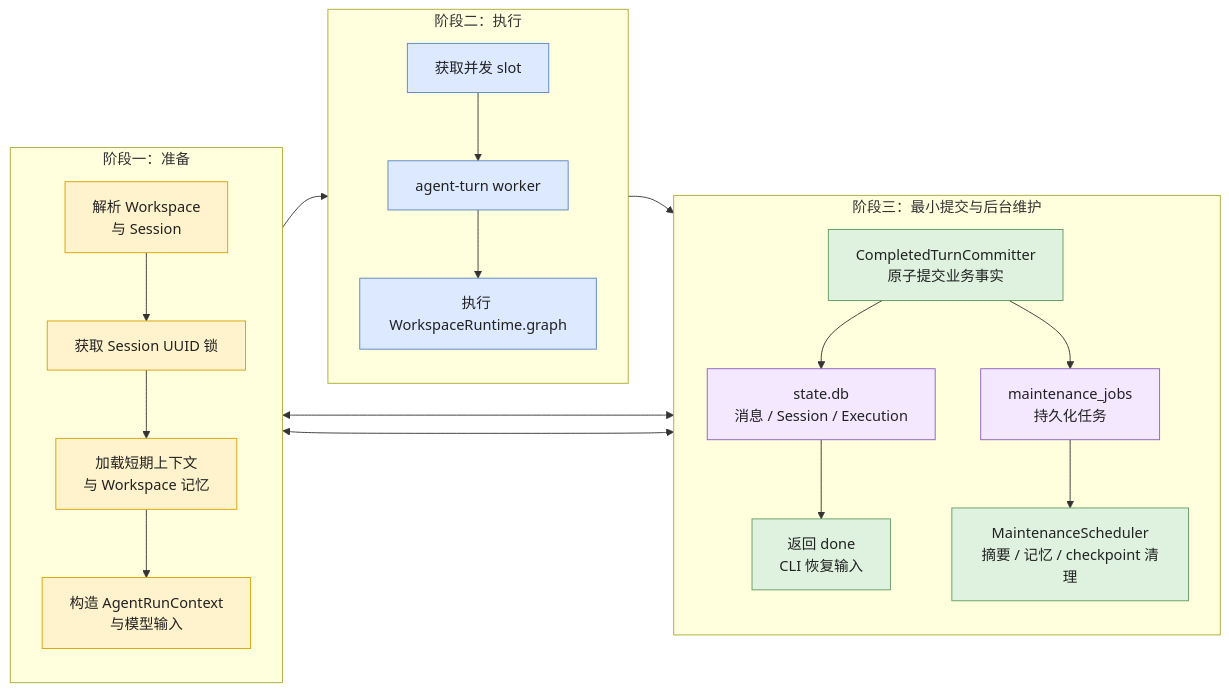
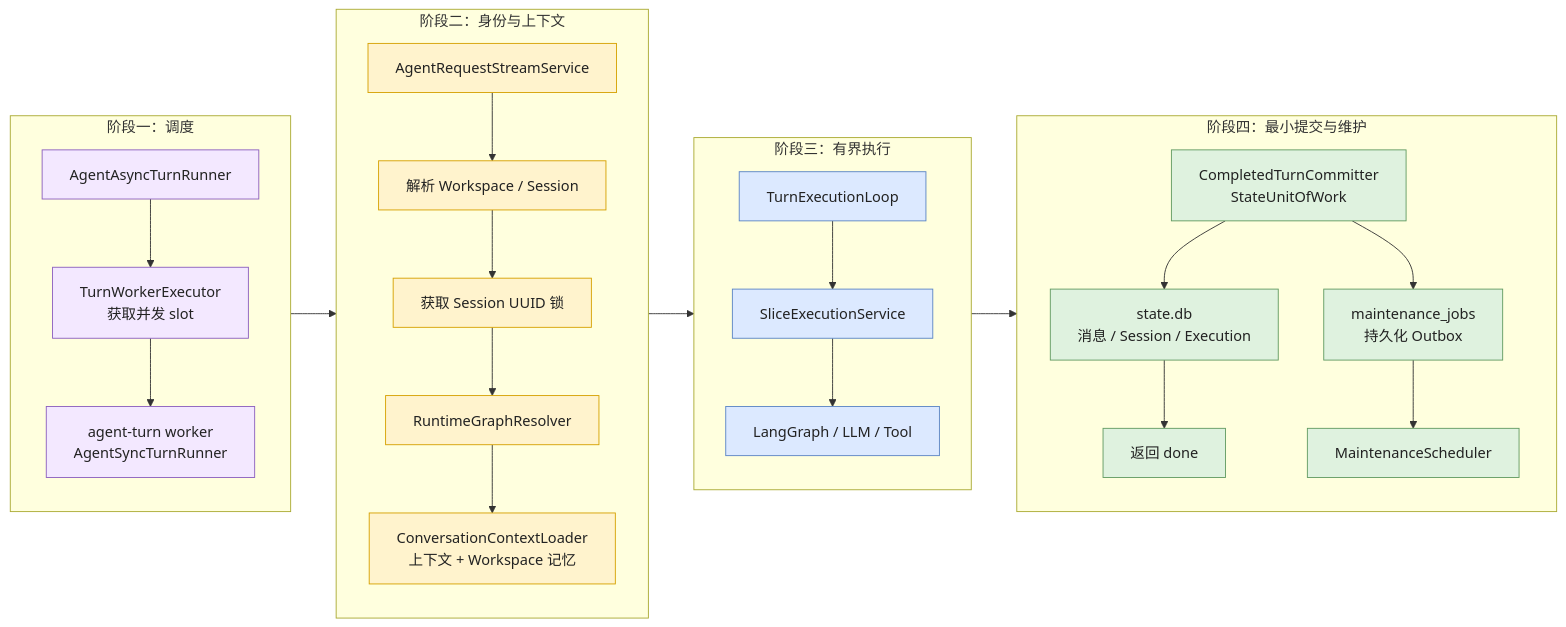
One commit to Dzheng2250/learn_langchain changed the second of 3 diagrams in docs/architecture/agent-execution-call-chain.md. Above: the diagram before and after it, drawn with Mermaid. The commit also changed other lines of this file and 39 other files, not shown here.

````diff
--- a/docs/architecture/agent-execution-call-chain.md
+++ b/docs/architecture/agent-execution-call-chain.md
@@ -523,44 +430,52 @@
 ```mermaid
 flowchart LR
-    subgraph Prepare["阶段一：准备"]
+    subgraph Schedule["阶段一：调度"]
         direction TB
-        Resolve["解析 Workspace<br/>与 Session"]
-        Lock["获取 Session UUID 锁"]
-        Load["加载短期上下文<br/>与 Workspace 记忆"]
-        Build["构造 AgentRunContext<br/>与模型输入"]
-        Resolve --> Lock --> Load --> Build
+        Async["AgentAsyncTurnRunner"]
+        Slot["TurnWorkerExecutor<br/>获取并发 slot"]
+        Worker["agent-turn worker<br/>AgentSyncTurnRunner"]
+        Async --> Slot --> Worker
     end
 
-    subgraph Execute["阶段二：执行"]
+    subgraph Prepare["阶段二：身份与上下文"]
         direction TB
-        Slot["获取并发 slot"]
-        Worker["agent-turn worker"]
-        Graph["执行 WorkspaceRuntime.graph"]
-        Slot --> Worker --> Graph
+        Request["AgentRequestStreamService"]
+        Resolve["解析 Workspace / Session"]
+        Lock["获取 Session UUID 锁"]
+        Runtime["RuntimeGraphResolver"]
+        Load["ConversationContextLoader<br/>上下文 + Workspace 记忆"]
+        Request --> Resolve --> Lock --> Runtime --> Load
     end
 
-    subgraph Persist["阶段三：最小提交与后台维护"]
+    subgraph Execute["阶段三：有界执行"]
         direction TB
-        Commit["CompletedTurnCommitter<br/>原子提交业务事实"]
+        Loop["TurnExecutionLoop"]
+        Slice["SliceExecutionService"]
+        Graph["LangGraph / LLM / Tool"]
+        Loop --> Slice --> Graph
+    end
+
+    subgraph Persist["阶段四：最小提交与维护"]
+        direction TB
+        Commit["CompletedTurnCommitter<br/>StateUnitOfWork"]
         State["state.db<br/>消息 / Session / Execution"]
-        Jobs["maintenance_jobs<br/>持久化任务"]
-        Done["返回 done<br/>CLI 恢复输入"]
-        Maintenance["MaintenanceScheduler<br/>摘要 / 记忆 / checkpoint 清理"]
+        Jobs["maintenance_jobs<br/>持久化 Outbox"]
+        Done["返回 done"]
+        Maintenance["MaintenanceScheduler"]
         Commit --> State --> Done
         Commit --> Jobs --> Maintenance
     end
 
-    Build --> Slot
+    Worker --> Request
+    Load --> Loop
     Graph --> Commit
-    Resolve <--> State
-    Load <--> State
 
+    classDef schedule fill:#f3e8ff,stroke:#8b5fbf,color:#222;
     classDef prepare fill:#fff3cd,stroke:#d6a100,color:#222;
     classDef execute fill:#dce9ff,stroke:#5b85c5,color:#222;
     classDef persist fill:#dff2df,stroke:#629b62,color:#222;
-    classDef store fill:#f3e8ff,stroke:#8b5fbf,color:#222;
-    class Resolve,Lock,Load,Build prepare;
-    class Slot,Worker,Graph execute;
-    class Commit,Done,Maintenance persist;
-    class State,Jobs store;
+    class Async,Slot,Worker schedule;
+    class Request,Resolve,Lock,Runtime,Load prepare;
+    class Loop,Slice,Graph execute;
+    class Commit,State,Jobs,Done,Maintenance persist;
 ```
````
